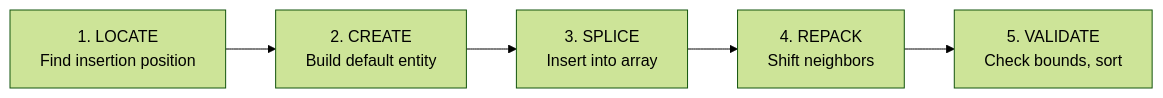
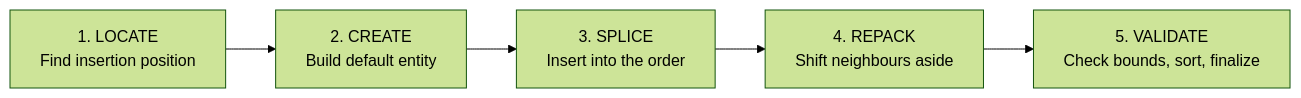
One commit to bleviet/ipcraft-vscode changed the second of 2 diagrams in docs/concepts/spatial-editing.md. Above: the diagram before and after it, drawn with Mermaid (forest theme). The commit also changed other lines of this file and 2 other files, not shown here.

````diff
--- a/docs/concepts/spatial-editing.md
+++ b/docs/concepts/spatial-editing.md
@@ -9,7 +101,7 @@
 ```mermaid
 graph LR
     L["1. LOCATE<br/>Find insertion position"] --> C["2. CREATE<br/>Build default entity"]
-    C --> S["3. SPLICE<br/>Insert into array"]
-    S --> R["4. REPACK<br/>Shift neighbors"]
-    R --> V["5. VALIDATE<br/>Check bounds, sort"]
+    C --> S["3. SPLICE<br/>Insert into the order"]
+    S --> R["4. REPACK<br/>Shift neighbours aside"]
+    R --> V["5. VALIDATE<br/>Check bounds, sort, finalize"]
 ```
````
